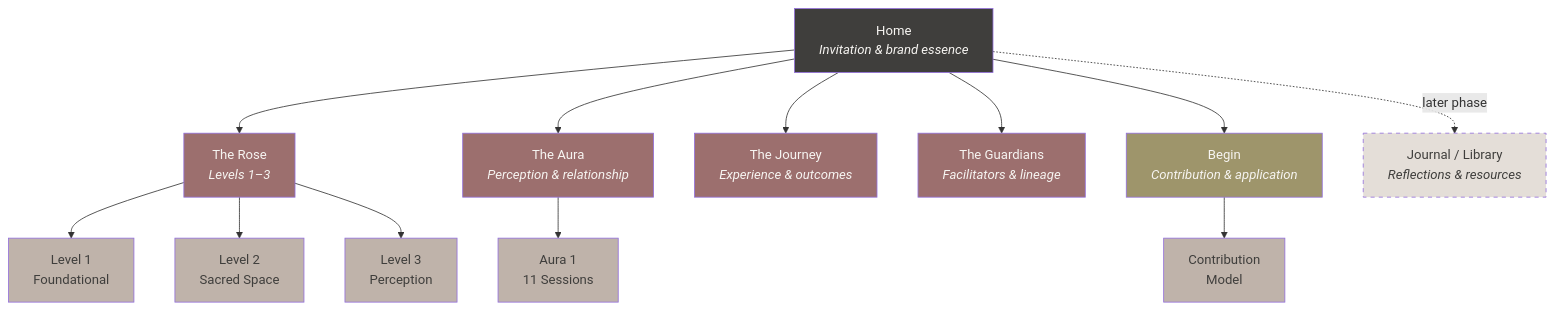
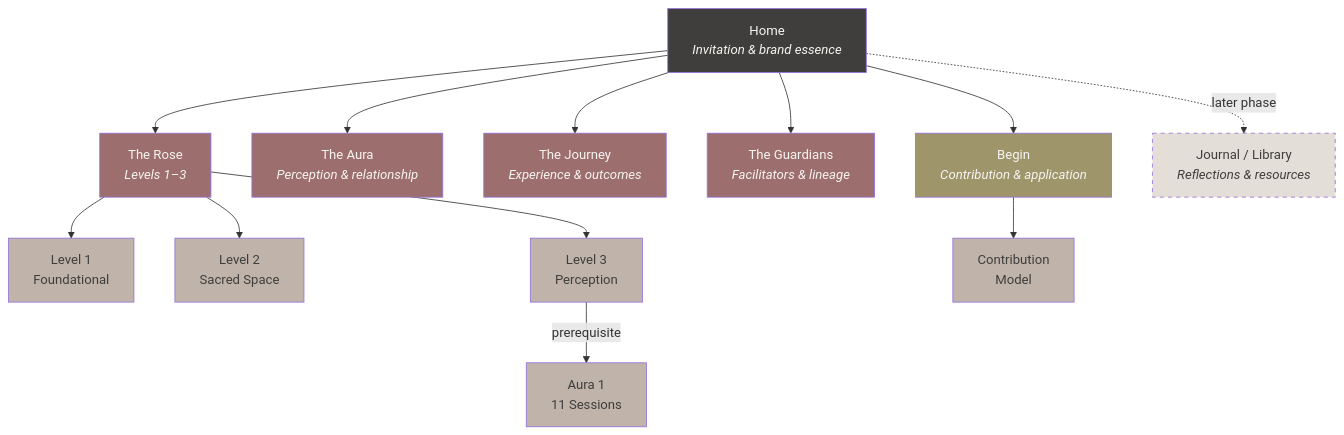
Before and after one commit to Light-Brands/roses-os: diagram 27 of 28 in docs/brand-dna.md, drawn with Mermaid. The commit also changed other lines of this file and 1 other file, not shown here.

First line of the commit message:
Fix Aura 1 prerequisite: requires Levels 1-3 completion, not Level 1

````diff
--- a/docs/brand-dna.md
+++ b/docs/brand-dna.md
@@ -1835,33 +1835,33 @@
 ```mermaid
 graph TD
     HOME["Home<br/><i>Invitation & brand essence</i>"]
 
     HOME --> ROSE["The Rose<br/><i>Levels 1–3</i>"]
     HOME --> AURA_P["The Aura<br/><i>Perception & relationship</i>"]
     HOME --> JOURNEY["The Journey<br/><i>Experience & outcomes</i>"]
     HOME --> GUARD["The Guardians<br/><i>Facilitators & lineage</i>"]
     HOME --> BEGIN["Begin<br/><i>Contribution & application</i>"]
 
     ROSE --> L1["Level 1<br/>Foundational"]
     ROSE --> L2["Level 2<br/>Sacred Space"]
     ROSE --> L3["Level 3<br/>Perception"]
 
-    AURA_P --> A1S["Aura 1<br/>11 Sessions"]
+    L3 -->|"prerequisite"| A1S["Aura 1<br/>11 Sessions"]
 
     BEGIN --> CONTRIB["Contribution<br/>Model"]
 
     HOME -.->|"later phase"| JOURNAL["Journal / Library<br/><i>Reflections & resources</i>"]
 
     style HOME fill:#3F3E3C,color:#F7F5F2
     style ROSE fill:#9C6F6E,color:#F7F5F2
     style AURA_P fill:#9C6F6E,color:#F7F5F2
     style JOURNEY fill:#9C6F6E,color:#F7F5F2
     style GUARD fill:#9C6F6E,color:#F7F5F2
     style BEGIN fill:#9E956B,color:#F7F5F2
     style L1 fill:#BFB3AA,color:#3F3E3C
     style L2 fill:#BFB3AA,color:#3F3E3C
     style L3 fill:#BFB3AA,color:#3F3E3C
     style A1S fill:#BFB3AA,color:#3F3E3C
     style CONTRIB fill:#BFB3AA,color:#3F3E3C
     style JOURNAL fill:#E4DED8,color:#3F3E3C,stroke-dasharray: 5 5
 ```
````
